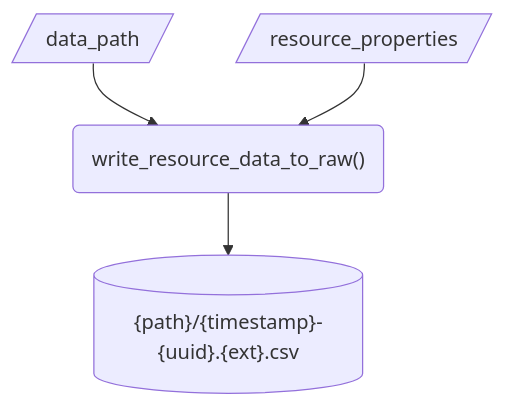
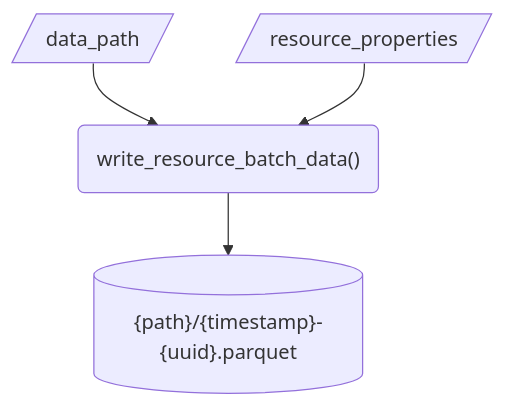
Before and after one commit to signekb/seedcase-sprout: the sixth of 11 diagrams in docs/design/interface/functions.qmd, drawn with Mermaid. The commit also changed other lines of this file and 5 other files, not shown here.

First line of the commit message:
docs: :memo: revise from `raw` to `batch` in design docs (#1142)

````diff
--- a/docs/design/interface/functions.qmd
+++ b/docs/design/interface/functions.qmd
@@ -151,10 +151,10 @@
 ```{mermaid}
 flowchart
     in_data_path[/data_path/]
     in_properties[/resource_properties/]
-    function("write_resource_data_to_raw()")
-    out[("{path}/{timestamp}-{uuid}.{ext}.csv")]
+    function("write_resource_batch_data()")
+    out[("{path}/{timestamp}-{uuid}.parquet")]
     in_data_path --> function
     in_properties --> function
     function --> out
 ```
````
